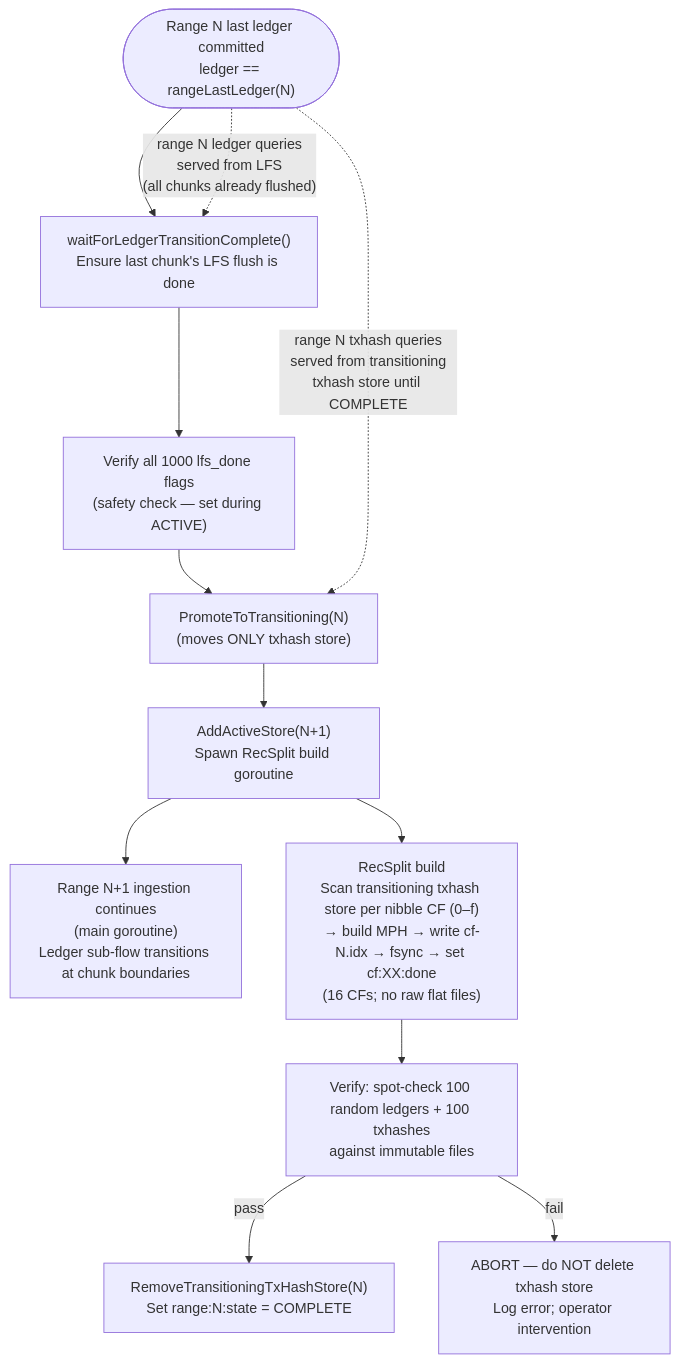
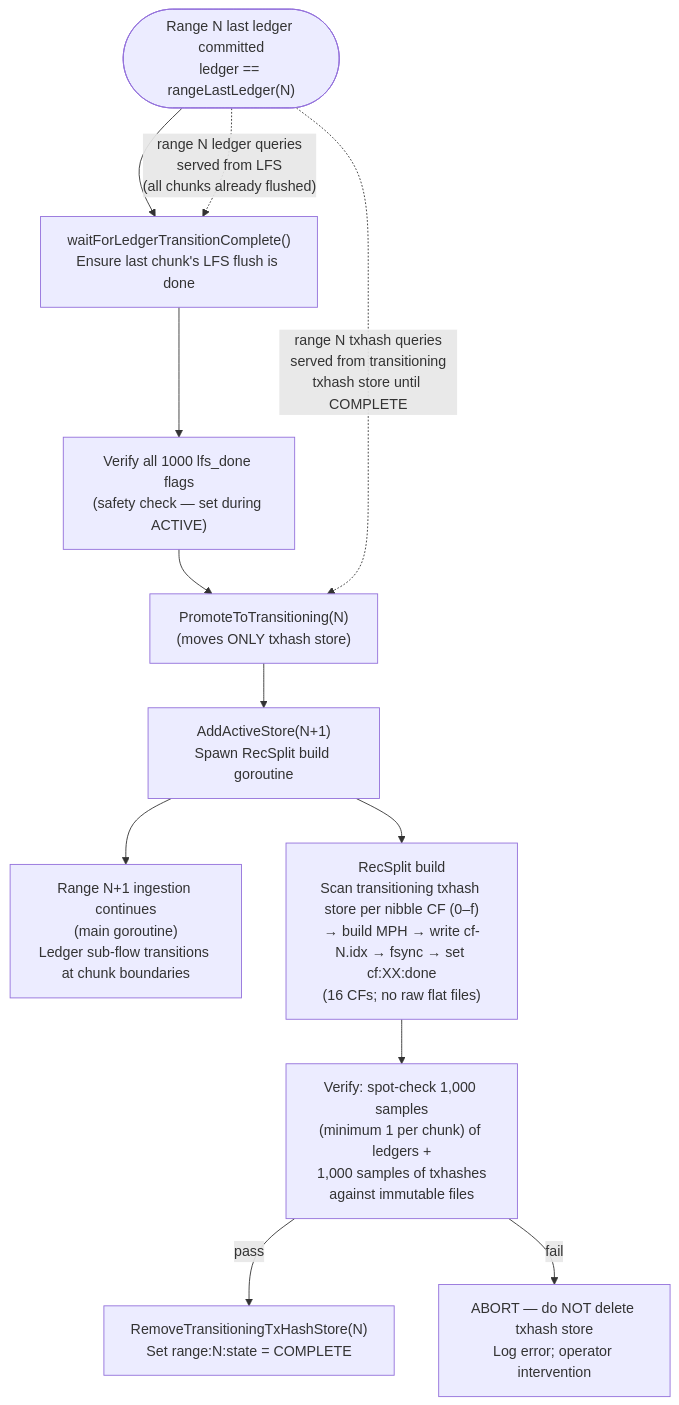
Before and after one commit to karthikiyer56/stellar-full-history-ingestion: the sixth of 8 diagrams in design-docs-v2/01-architecture-overview.md, drawn with Mermaid. The commit also changed other lines of this file and 8 other files, not shown here.

````diff
--- a/design-docs-v2/01-architecture-overview.md
+++ b/design-docs-v2/01-architecture-overview.md
@@ -223,15 +224,15 @@
 ```mermaid
 flowchart TD
     BOUNDARY(["Range N last ledger committed\nledger == rangeLastLedger(N)"]) --> WAIT["waitForLedgerTransitionComplete()\nEnsure last chunk's LFS flush is done"]
     WAIT --> VERIFY_LFS["Verify all 1000 lfs_done flags\n(safety check — set during ACTIVE)"]
     VERIFY_LFS --> PROMOTE["PromoteToTransitioning(N)\n(moves ONLY txhash store)"]
     PROMOTE --> SPAWN["AddActiveStore(N+1)\nSpawn RecSplit build goroutine"]
     SPAWN --> INGEST_NEXT["Range N+1 ingestion continues\n(main goroutine)\nLedger sub-flow transitions at chunk boundaries"]
     SPAWN --> RECSPLIT["RecSplit build\nScan transitioning txhash store per nibble CF (0–f)\n→ build MPH → write cf-N.idx → fsync → set cf:XX:done\n(16 CFs; no raw flat files)"]
-    RECSPLIT --> VERIFY_RS["Verify: spot-check 100 random ledgers + 100 txhashes\nagainst immutable files"]
+    RECSPLIT --> VERIFY_RS["Verify: spot-check 1,000 samples\n(minimum 1 per chunk) of ledgers +\n1,000 samples of txhashes\nagainst immutable files"]
     VERIFY_RS -->|pass| DELETE["RemoveTransitioningTxHashStore(N)\nSet range:N:state = COMPLETE"]
     VERIFY_RS -->|fail| ABORT["ABORT — do NOT delete txhash store\nLog error; operator intervention"]
 
     BOUNDARY -.->|"range N ledger queries\nserved from LFS\n(all chunks already flushed)"| WAIT
     BOUNDARY -.->|"range N txhash queries\nserved from transitioning\ntxhash store until COMPLETE"| PROMOTE
 ```
````
